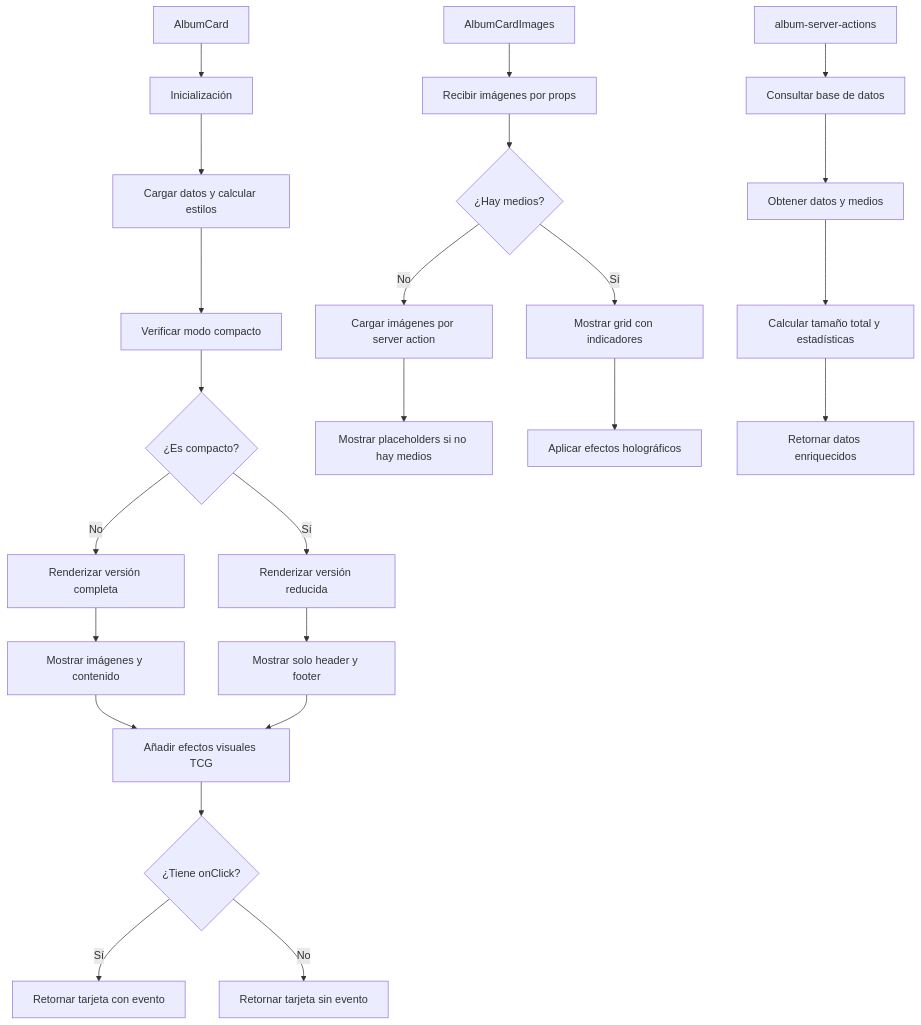
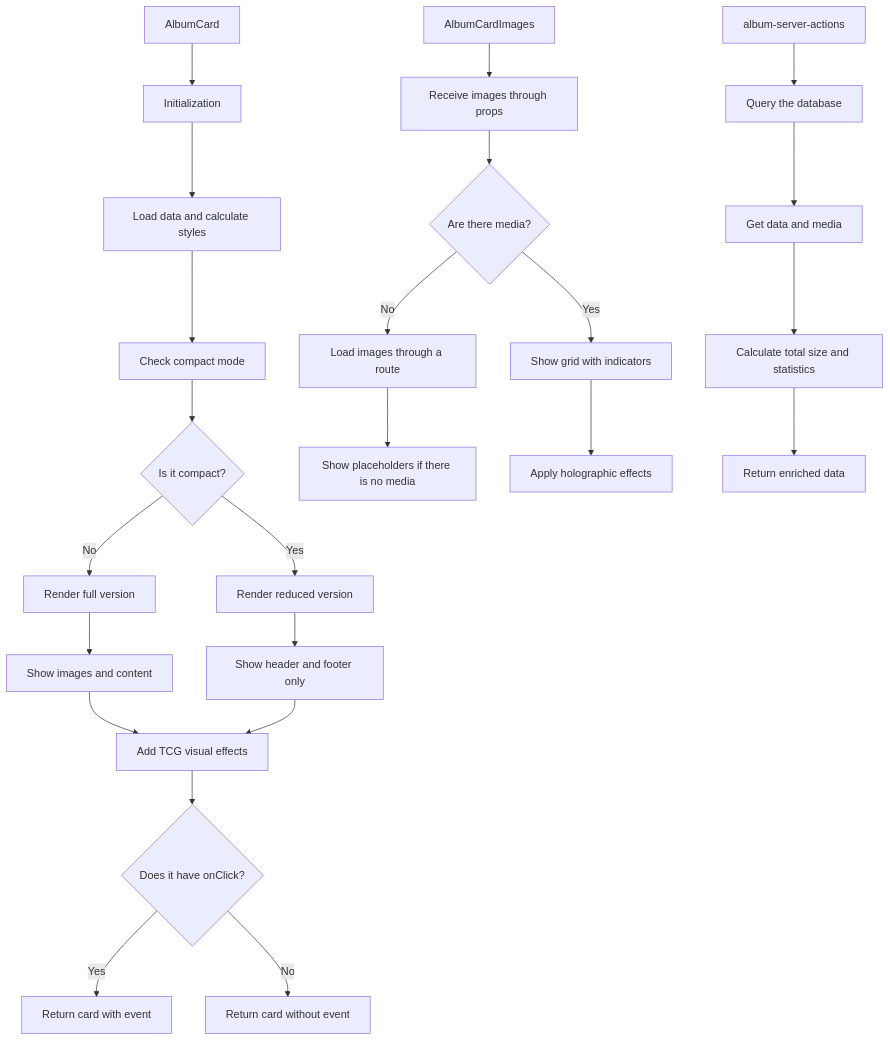
The diagram in src/components/cards/album-card/README.md (gvastethecreator/media-manager), drawn with Mermaid before and after one commit. The commit also changed other lines of this file and 104 other files, not shown here.

Commit message:
docs: initialize comprehensive architectural documentation and component-level README files across the repository.

````diff
--- a/src/components/cards/album-card/README.md
+++ b/src/components/cards/album-card/README.md
@@ -21,28 +25,28 @@
 ```mermaid
 graph TD
-    A[AlbumCard] --> B[Inicialización]
-    B --> C[Cargar datos y calcular estilos]
-    C --> D[Verificar modo compacto]
-    D --> E{¿Es compacto?}
-    E -->|Sí| F[Renderizar versión reducida]
-    E -->|No| G[Renderizar versión completa]
-    G --> H[Mostrar imágenes y contenido]
-    F --> I[Mostrar solo header y footer]
-    H --> J[Añadir efectos visuales TCG]
+    A[AlbumCard] --> B[Initialization]
+    B --> C[Load data and calculate styles]
+    C --> D[Check compact mode]
+    D --> E{Is it compact?}
+    E -->|Yes| F[Render reduced version]
+    E -->|No| G[Render full version]
+    G --> H[Show images and content]
+    F --> I[Show header and footer only]
+    H --> J[Add TCG visual effects]
     I --> J
-    J --> K{¿Tiene onClick?}
-    K -->|Sí| L[Retornar tarjeta con evento]
-    K -->|No| M[Retornar tarjeta sin evento]
+    J --> K{Does it have onClick?}
+    K -->|Yes| L[Return card with event]
+    K -->|No| M[Return card without event]
 
-    N[AlbumCardImages] --> O[Recibir imágenes por props]
-    O --> P{¿Hay medios?}
-    P -->|Sí| Q[Mostrar grid con indicadores]
-    P -->|No| R[Cargar imágenes por server action]
-    R --> S[Mostrar placeholders si no hay medios]
-    Q --> T[Aplicar efectos holográficos]
+    N[AlbumCardImages] --> O[Receive images through props]
+    O --> P{Are there media?}
+    P -->|Yes| Q[Show grid with indicators]
+    P -->|No| R[Load images through a route]
+    R --> S[Show placeholders if there is no media]
+    Q --> T[Apply holographic effects]
 
-    U[album-server-actions] --> V[Consultar base de datos]
-    V --> W[Obtener datos y medios]
-    W --> X[Calcular tamaño total y estadísticas]
-    X --> Y[Retornar datos enriquecidos]
+    U[album-server-actions] --> V[Query the database]
+    V --> W[Get data and media]
+    W --> X[Calculate total size and statistics]
+    X --> Y[Return enriched data]
 ```
````
